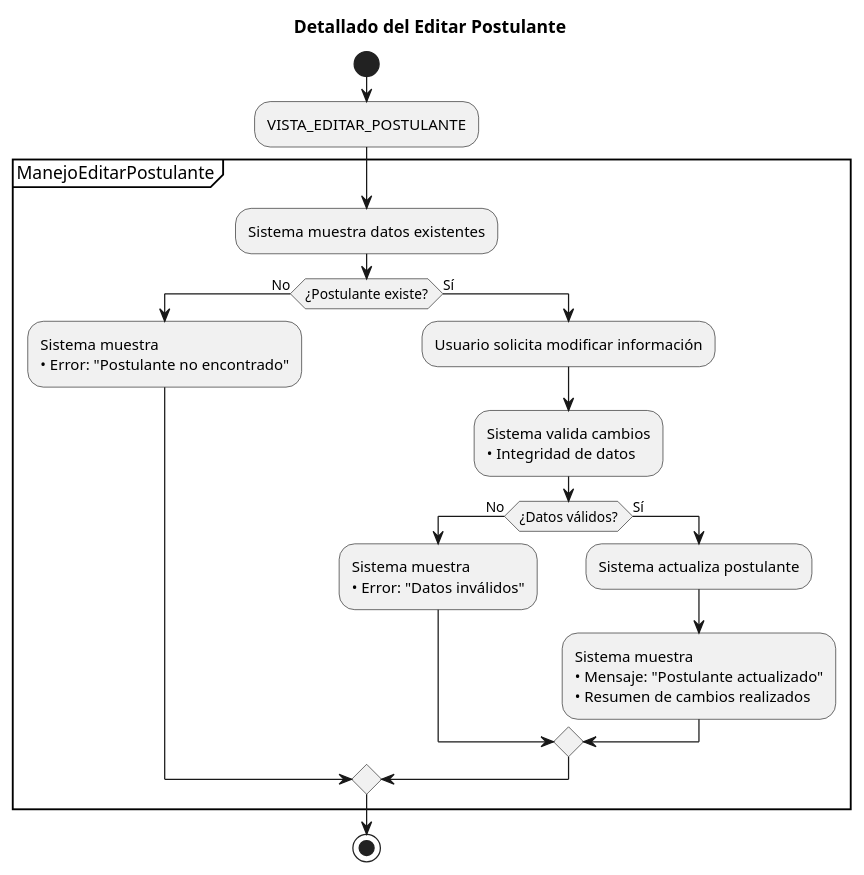
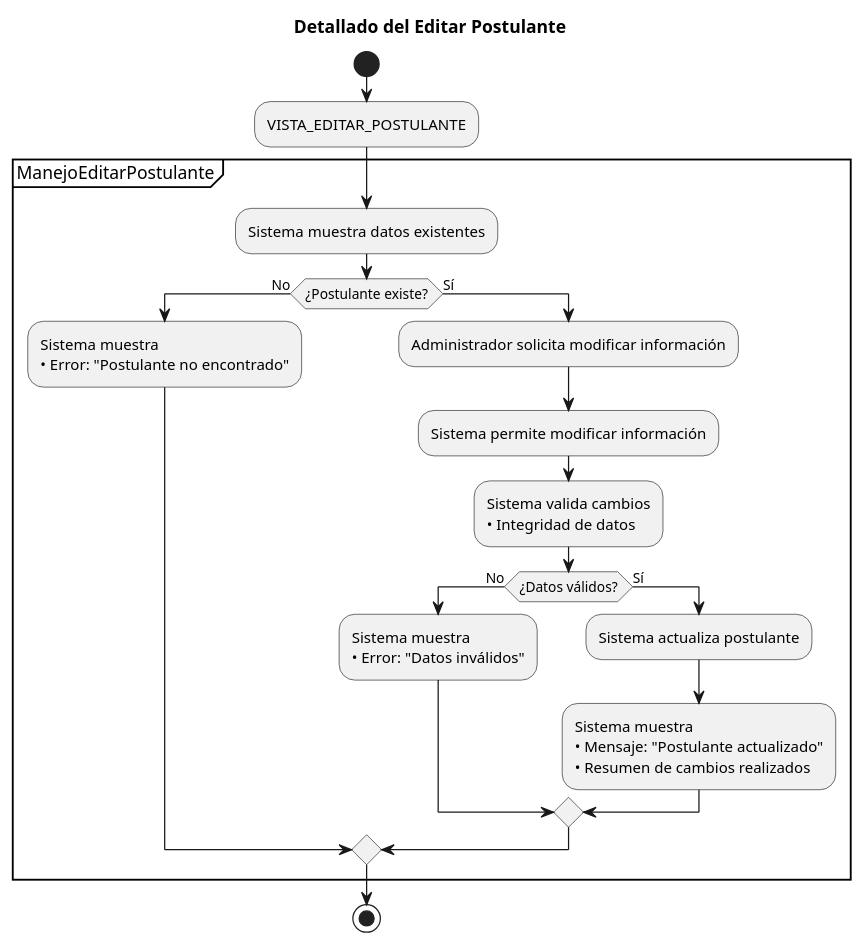
The diagram in casos_de_uso/diagramas_casos_de_uso_detallados/editar_postulante.puml (Dievex/24-25-IdSw1-SDR), drawn with PlantUML before and after one commit. The commit also changed 9 other files, not shown here.

Commit message:
docs(use-case-diagrams): add system permission steps to detailed use case diagrams

```diff
--- a/casos_de_uso/diagramas_casos_de_uso_detallados/editar_postulante.puml
+++ b/casos_de_uso/diagramas_casos_de_uso_detallados/editar_postulante.puml
@@ -1,41 +1,43 @@
 @startuml
 title Detallado del Editar Postulante
 
 start
 
 :VISTA_EDITAR_POSTULANTE;
 
 partition ManejoEditarPostulante {
   
   :Sistema muestra datos existentes;
   
   if (¿Postulante existe?) then (No)
     :Sistema muestra
     • Error: "Postulante no encontrado";
     
   else (Sí)
-    :Usuario solicita modificar información;
+    :Administrador solicita modificar información;
+    
+    :Sistema permite modificar información;
     
     :Sistema valida cambios
     • Integridad de datos;
     
     if (¿Datos válidos?) then (No)
       :Sistema muestra
       • Error: "Datos inválidos";
       
     else (Sí)
         :Sistema actualiza postulante;
         
         :Sistema muestra
         • Mensaje: "Postulante actualizado"
         • Resumen de cambios realizados;
       
       
     endif
     
   endif
   
 }
 
 stop
 @enduml
```
